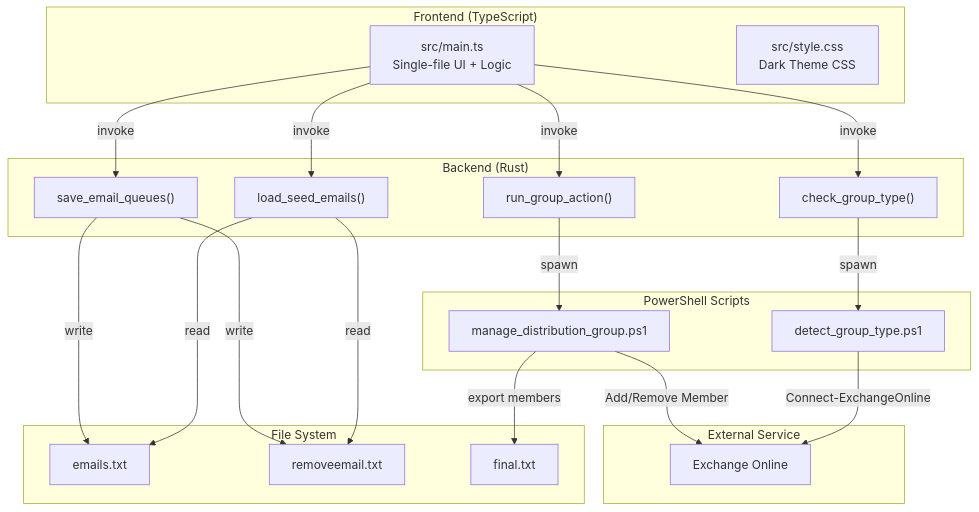
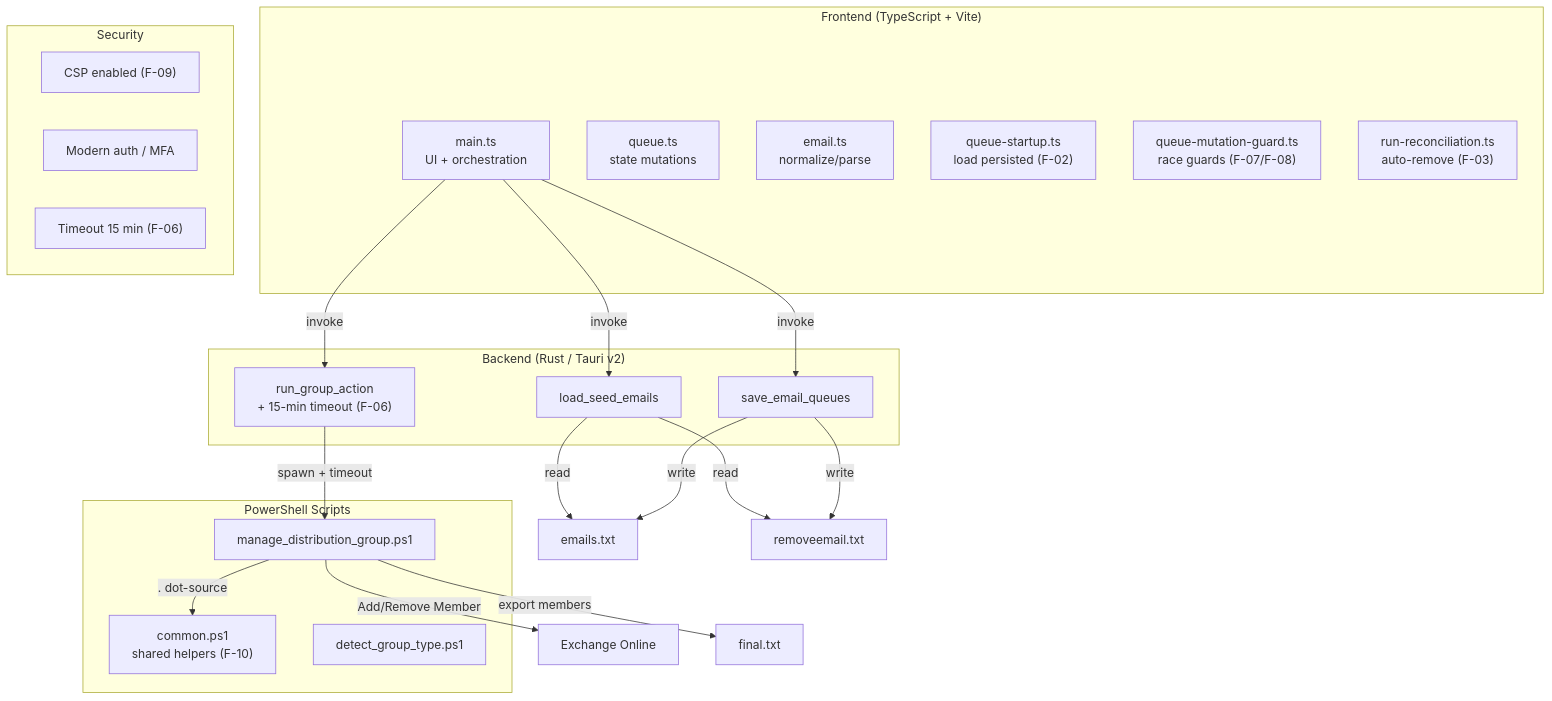
The diagram in project_analysis.md (quockhanh2376/trade-union), drawn with Mermaid before and after one commit. The commit also changed other lines of this file, not shown here.

Commit message:
docs: refresh project analysis for current architecture (#27)

````diff
--- a/project_analysis.md
+++ b/project_analysis.md
@@ -57,43 +88,41 @@
 ```mermaid
 graph TB
-    subgraph Frontend["Frontend (TypeScript)"]
-        UI["src/main.ts<br/>Single-file UI + Logic"]
-        CSS["src/style.css<br/>Dark Theme CSS"]
+    subgraph Frontend["Frontend (TypeScript + Vite)"]
+        UI["main.ts<br/>UI + orchestration"]
+        QUEUE["queue.ts<br/>state mutations"]
+        EMAIL["email.ts<br/>normalize/parse"]
+        STARTUP["queue-startup.ts<br/>load persisted (F-02)"]
+        GUARD["queue-mutation-guard.ts<br/>race guards (F-07/F-08)"]
+        RECON["run-reconciliation.ts<br/>auto-remove (F-03)"]
     end
 
-    subgraph Backend["Backend (Rust)"]
-        CMD1["load_seed_emails()"]
-        CMD2["save_email_queues()"]
-        CMD3["check_group_type()"]
-        CMD4["run_group_action()"]
+    subgraph Backend["Backend (Rust / Tauri v2)"]
+        CMD1["load_seed_emails"]
+        CMD2["save_email_queues"]
+        CMD3["run_group_action<br/>+ 15-min timeout (F-06)"]
     end
 
     subgraph Scripts["PowerShell Scripts"]
+        COMMON["common.ps1<br/>shared helpers (F-10)"]
         PS1["detect_group_type.ps1"]
         PS2["manage_distribution_group.ps1"]
     end
 
-    subgraph Files["File System"]
-        F1["emails.txt"]
-        F2["removeemail.txt"]
-        F3["final.txt"]
-    end
-
-    subgraph External["External Service"]
-        EXO["Exchange Online"]
+    subgraph Security["Security"]
+        CSP["CSP enabled (F-09)"]
+        AUTH["Modern auth / MFA"]
+        TIMEOUT["Timeout 15 min (F-06)"]
     end
 
     UI -->|invoke| CMD1
     UI -->|invoke| CMD2
     UI -->|invoke| CMD3
-    UI -->|invoke| CMD4
-    CMD1 -->|read| F1
-    CMD1 -->|read| F2
+    CMD1 -->|read| F1["emails.txt"]
+    CMD1 -->|read| F2["removeemail.txt"]
     CMD2 -->|write| F1
     CMD2 -->|write| F2
-    CMD3 -->|spawn| PS1
-    CMD4 -->|spawn| PS2
-    PS1 -->|Connect-ExchangeOnline| EXO
-    PS2 -->|Add/Remove Member| EXO
-    PS2 -->|export members| F3
+    CMD3 -->|spawn + timeout| PS2
+    PS2 -->|. dot-source| COMMON
+    PS2 -->|Add/Remove Member| EXO["Exchange Online"]
+    PS2 -->|export members| F3["final.txt"]
 ```
````
